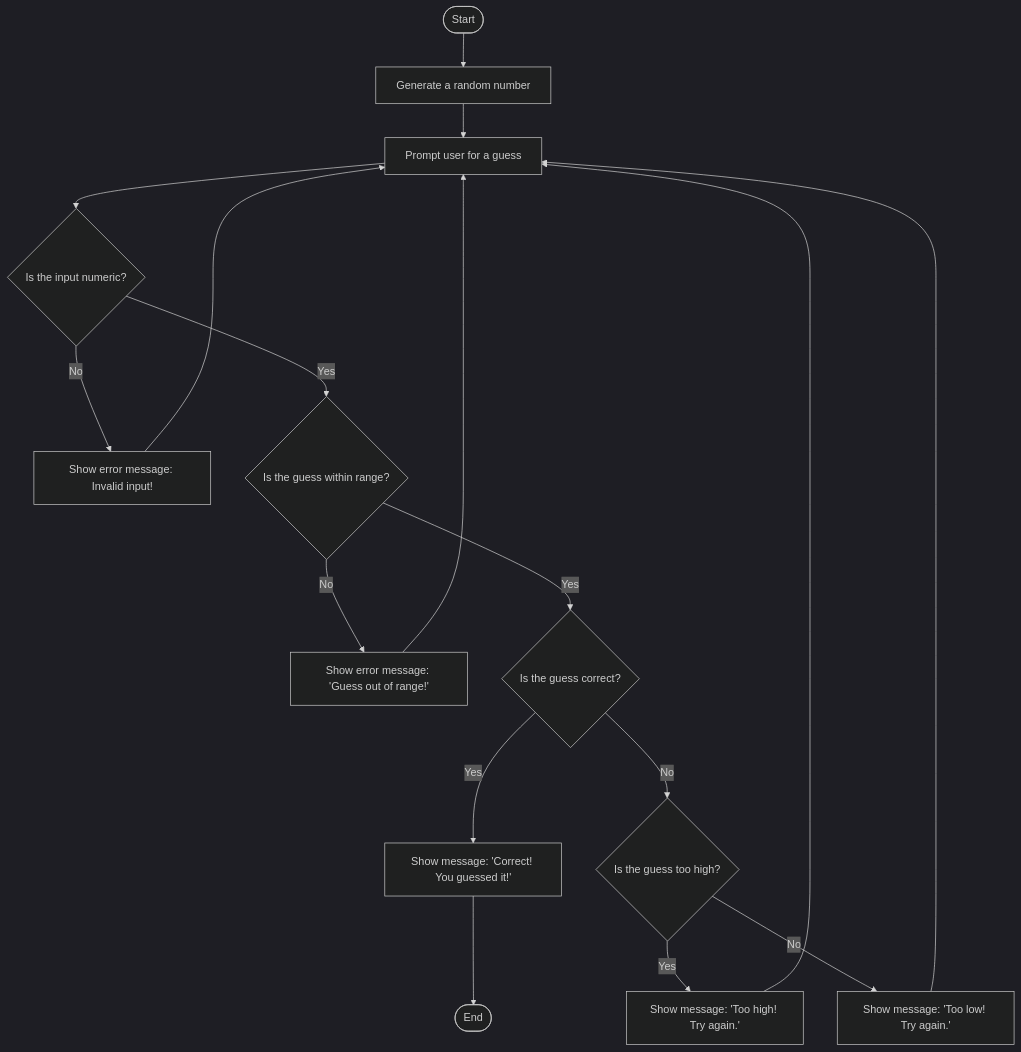
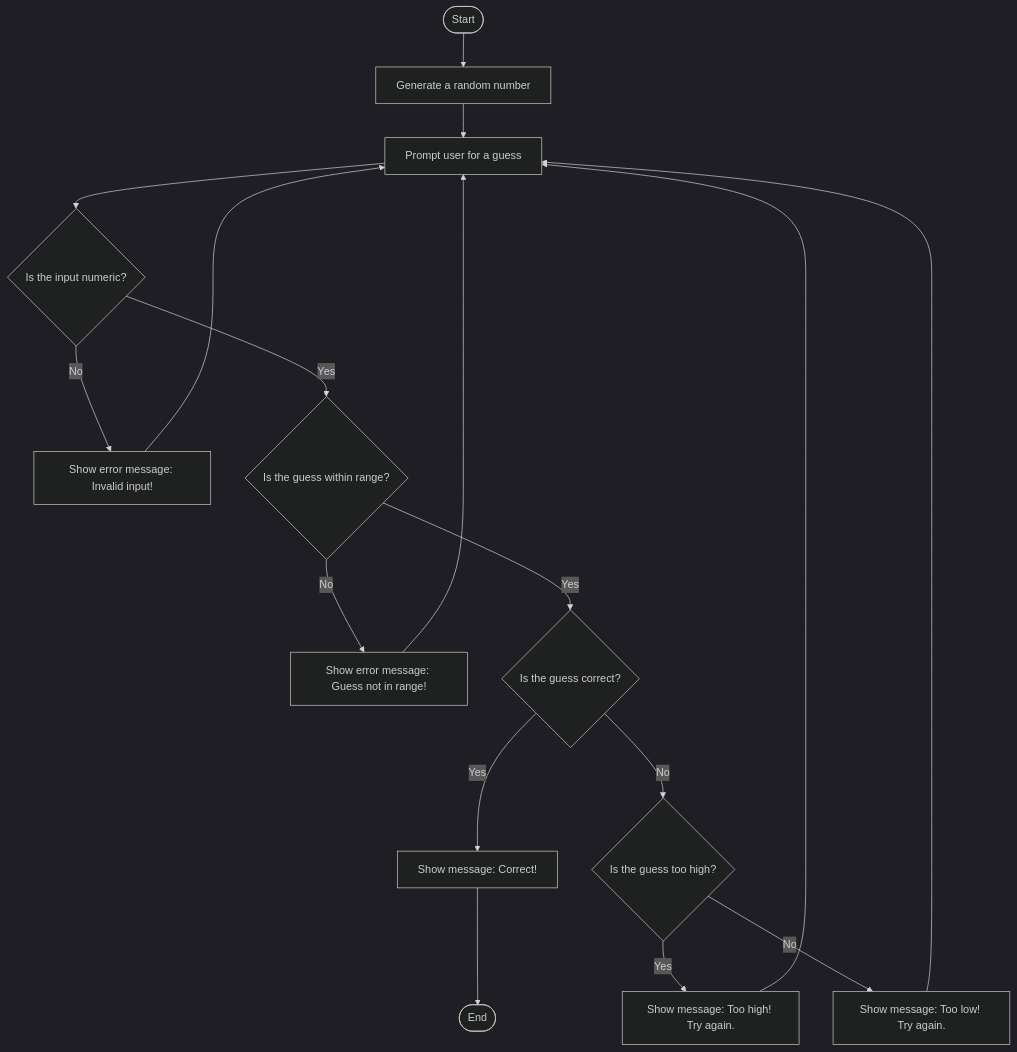
The diagram in Guessing.md (jagibson1/jagibson1.github.io), drawn with Mermaid (dark theme) before and after one commit.

````diff
--- a/Guessing.md
+++ b/Guessing.md
@@ -1,20 +1,20 @@
 ```mermaid
 flowchart TD
 Start([Start]) --> A[Generate a random number]
     A --> B[Prompt user for a guess]
     B --> C{Is the input numeric?}
     C -->|No| D[Show error message: Invalid input!]
     D --> B
     C -->|Yes| E{Is the guess within range?}
-    E -->|No| F[Show error message: 'Guess out of range!']
+    E -->|No| F[Show error message: Guess not in range!]
     F --> B
     E -->|Yes| G{Is the guess correct?}
-    G -->|Yes| H[Show message: 'Correct! You guessed it!']
+    G -->|Yes| H[Show message: Correct!]
     H --> End([End])
     G -->|No| I{Is the guess too high?}
-    I -->|Yes| J[Show message: 'Too high! Try again.']
+    I -->|Yes| J[Show message: Too high! Try again.]
     J --> B
-    I -->|No| K[Show message: 'Too low! Try again.']
+    I -->|No| K[Show message: Too low! Try again.]
     K --> B
 End([End])
 ```
````
